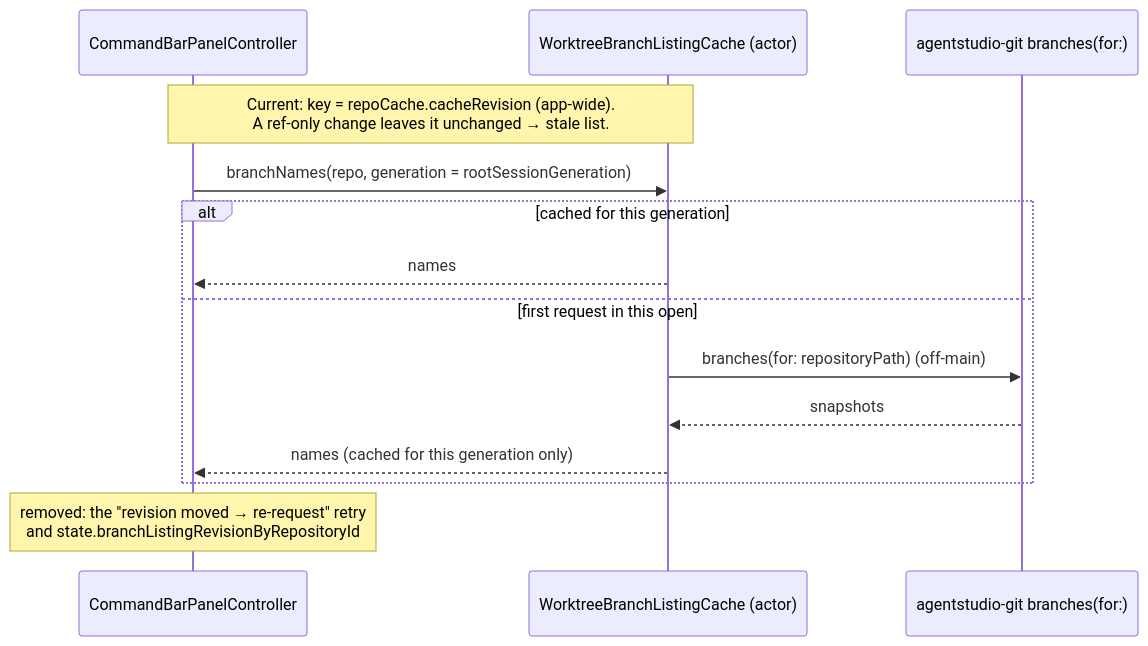
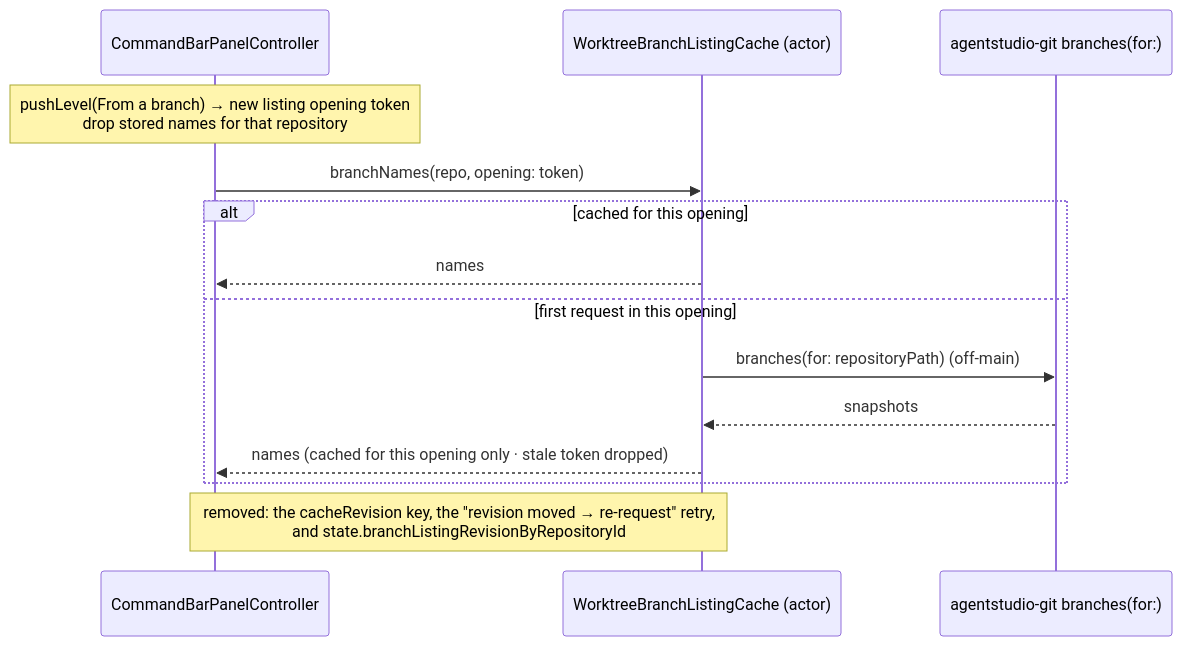
Before and after one commit to getagentstudio/agentstudio: the eighth of 8 diagrams in docs/specs/2026-09-30-worktree-lifecycle/2026-09-30-worktree-lifecycle-program-design.md, drawn with Mermaid. The commit also changed other lines of this file and 2 other files, not shown here.

````diff
--- a/docs/specs/2026-09-30-worktree-lifecycle/2026-09-30-worktree-lifecycle-program-design.md
+++ b/docs/specs/2026-09-30-worktree-lifecycle/2026-09-30-worktree-lifecycle-program-design.md
@@ -313,16 +404,16 @@
 ```mermaid
 sequenceDiagram
   participant CB as CommandBarPanelController
   participant BL as WorktreeBranchListingCache (actor)
   participant G as agentstudio-git branches(for:)
-  Note over CB,BL: Current: key = repoCache.cacheRevision (app-wide).<br/>A ref-only change leaves it unchanged → stale list.
-  CB->>BL: branchNames(repo, generation = rootSessionGeneration)
-  alt cached for this generation
+  Note over CB: pushLevel(From a branch) → new listing opening token<br/>drop stored names for that repository
+  CB->>BL: branchNames(repo, opening: token)
+  alt cached for this opening
     BL-->>CB: names
-  else first request in this open
+  else first request in this opening
     BL->>G: branches(for: repositoryPath)   (off-main)
     G-->>BL: snapshots
-    BL-->>CB: names (cached for this generation only)
+    BL-->>CB: names (cached for this opening only · stale token dropped)
   end
-  Note over CB: removed: the "revision moved → re-request" retry<br/>and state.branchListingRevisionByRepositoryId
+  Note over CB,BL: removed: the cacheRevision key, the "revision moved → re-request" retry,<br/>and state.branchListingRevisionByRepositoryId
 ```
````
